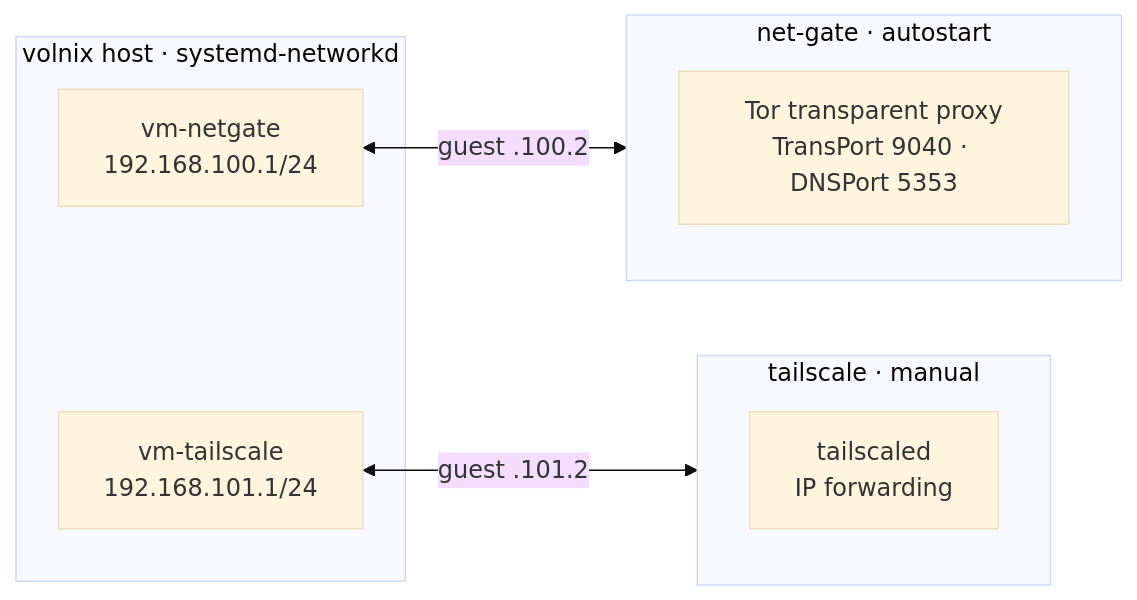
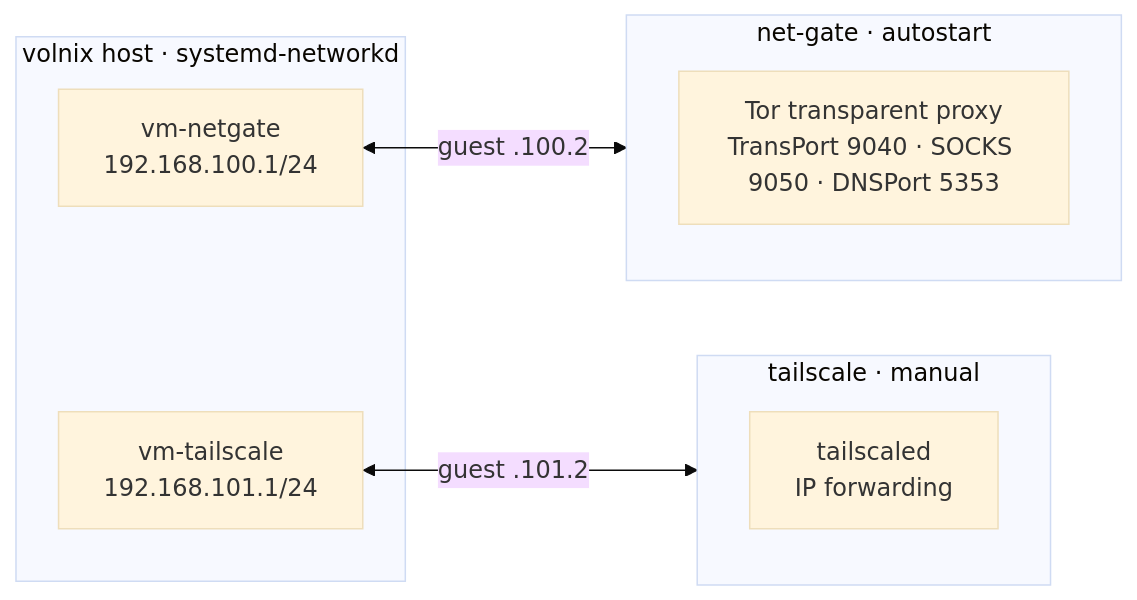
One commit to lowcache/infernalnixos changed the diagram in docs/networking/index.md. Above: the diagram before and after it, drawn with Mermaid (base theme). The commit also changed other lines of this file and 36 other files, not shown here.

````diff
--- a/docs/networking/index.md
+++ b/docs/networking/index.md
@@ -9,15 +9,15 @@
 ```mermaid
 graph LR
     subgraph Host["volnix host · systemd-networkd"]
         H1["vm-netgate<br/>192.168.100.1/24"]
         H2["vm-tailscale<br/>192.168.101.1/24"]
     end
     subgraph NG["net-gate · autostart"]
-        T["Tor transparent proxy<br/>TransPort 9040 · DNSPort 5353"]
+        T["Tor transparent proxy<br/>TransPort 9040 · SOCKS 9050 · DNSPort 5353"]
     end
     subgraph TSVM["tailscale · manual"]
         TS["tailscaled<br/>IP forwarding"]
     end
     H1 <-->|"guest .100.2"| NG
     H2 <-->|"guest .101.2"| TSVM
 ```
````
